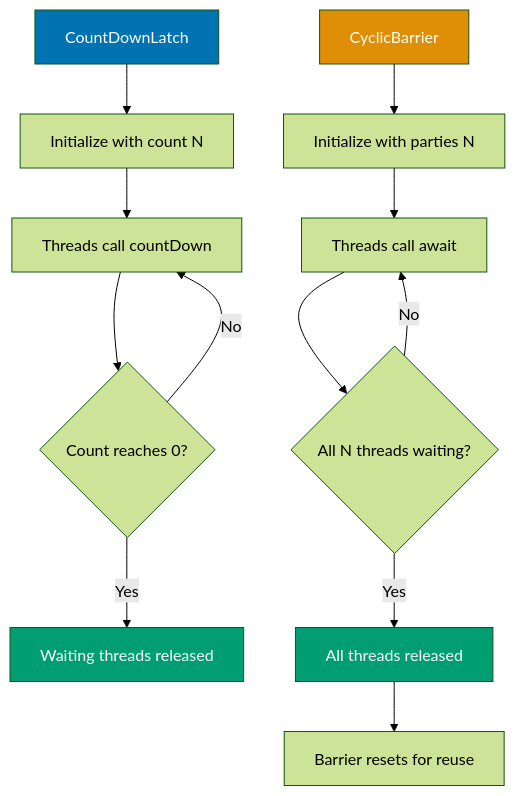
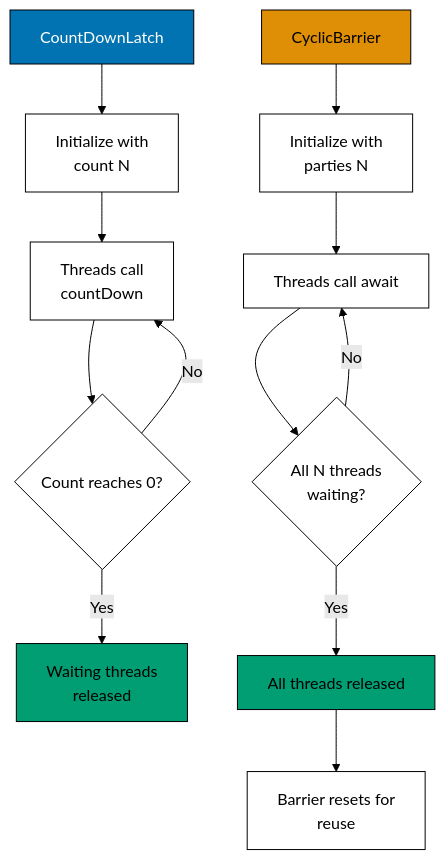
Before and after one commit to wahidyankf/ose-public: the fourth of 13 diagrams in apps/ayokoding-www/content/en/learn/legacy/software-engineering/programming-languages/java/by-example/advanced.md, drawn with Mermaid (forest theme). The commit also changed other lines of this file and 112 other files, not shown here.

First line of the commit message:
fix(mermaid): bring the legacy programming-languages diagrams onto the accessible palette

````diff
--- a/apps/ayokoding-www/content/en/learn/legacy/software-engineering/programming-languages/java/by-example/advanced.md
+++ b/apps/ayokoding-www/content/en/learn/legacy/software-engineering/programming-languages/java/by-example/advanced.md
@@ -294,21 +312,27 @@
 ```mermaid
 %% Color Palette: Blue #0173B2, Orange #DE8F05, Teal #029E73, Purple #CC78BC, Brown #CA9161
 graph TD
-    A[CountDownLatch] --> B[Initialize with count N]
-    B --> C[Threads call countDown]
+    accTitle: Example 67: CountDownLatch and CyclicBarrier
+    accDescr: Graph with 11 nodes and 11 connections. Nodes: CountDownLatch, Initialize with count N, Threads call countDown, Count reaches 0?, Waiting threads released, CyclicBarrier, Initialize with parties N, Threads call await, All N threads waiting?, All threads released, Barrier resets for reuse. Connections: CountDownLatch to Initialize with count N, Initialize with count N to Threads call countDown, Threads call countDown to Count reaches 0?, Count reaches 0? to Waiting threads released (Yes), Count reaches 0? to Threads call countDown (No), CyclicBarrier to Initialize with parties N, Initialize with parties N to Threads call await, Threads call await to All N threads waiting?, All N threads waiting? to All threads released (Yes), All N threads waiting? to Threads call await (No), All threads released to Barrier resets for reuse.
+    A[CountDownLatch] --> B[Initialize with<br/>count N]
+    B --> C[Threads call<br/>countDown]
     C --> D{Count reaches 0?}
-    D -->|Yes| E[Waiting threads released]
+    D -->|Yes| E[Waiting threads<br/>released]
     D -->|No| C
 
-    F[CyclicBarrier] --> G[Initialize with parties N]
+    F[CyclicBarrier] --> G[Initialize with<br/>parties N]
     G --> H[Threads call await]
-    H --> I{All N threads waiting?}
+    H --> I{All N threads<br/>waiting?}
     I -->|Yes| J[All threads released]
     I -->|No| H
-    J --> K[Barrier resets for reuse]
+    J --> K[Barrier resets for<br/>reuse]
 
-    style A fill:#0173B2,color:#fff
-    style F fill:#DE8F05,color:#fff
-    style E fill:#029E73,color:#fff
-    style J fill:#029E73,color:#fff
+    classDef pal-0173B2 fill:#0173B2,stroke:#000000,color:#FFFFFF
+    class A pal-0173B2
+    classDef pal-DE8F05 fill:#DE8F05,stroke:#000000,color:#000000
+    class F pal-DE8F05
+    classDef pal-029E73 fill:#029E73,stroke:#000000,color:#000000
+    class E pal-029E73
+    class J pal-029E73
+    classDef default fill:#FFFFFF,stroke:#000000,color:#000000
 ```
````
